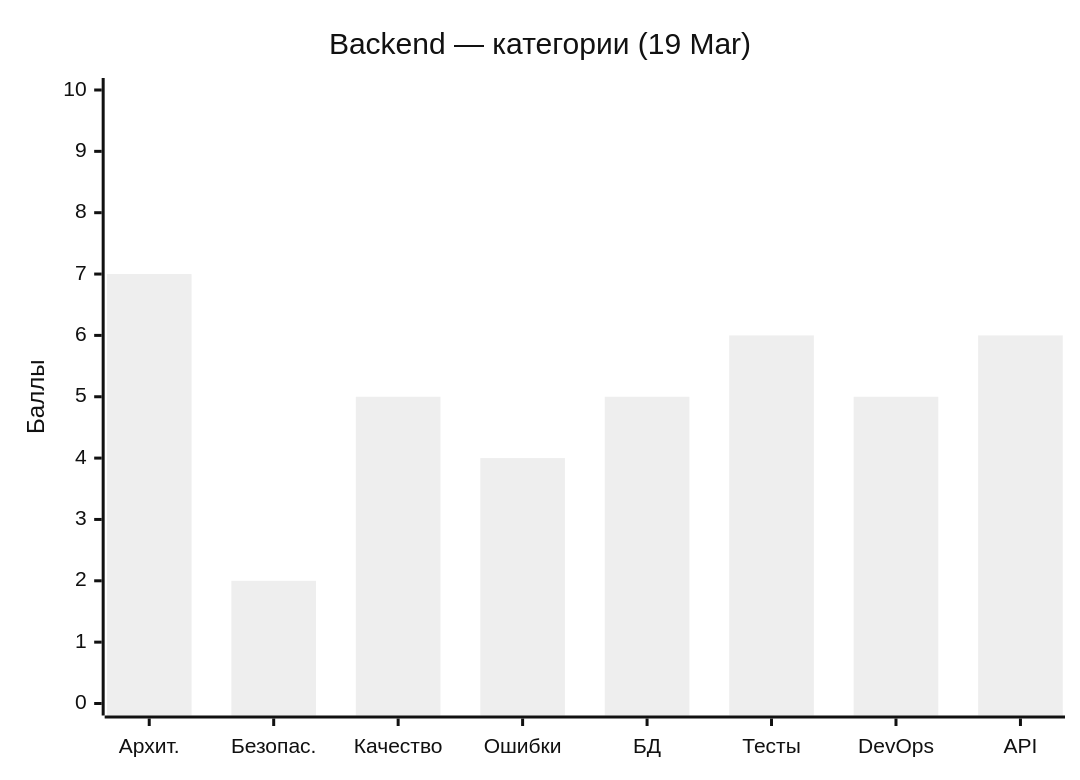
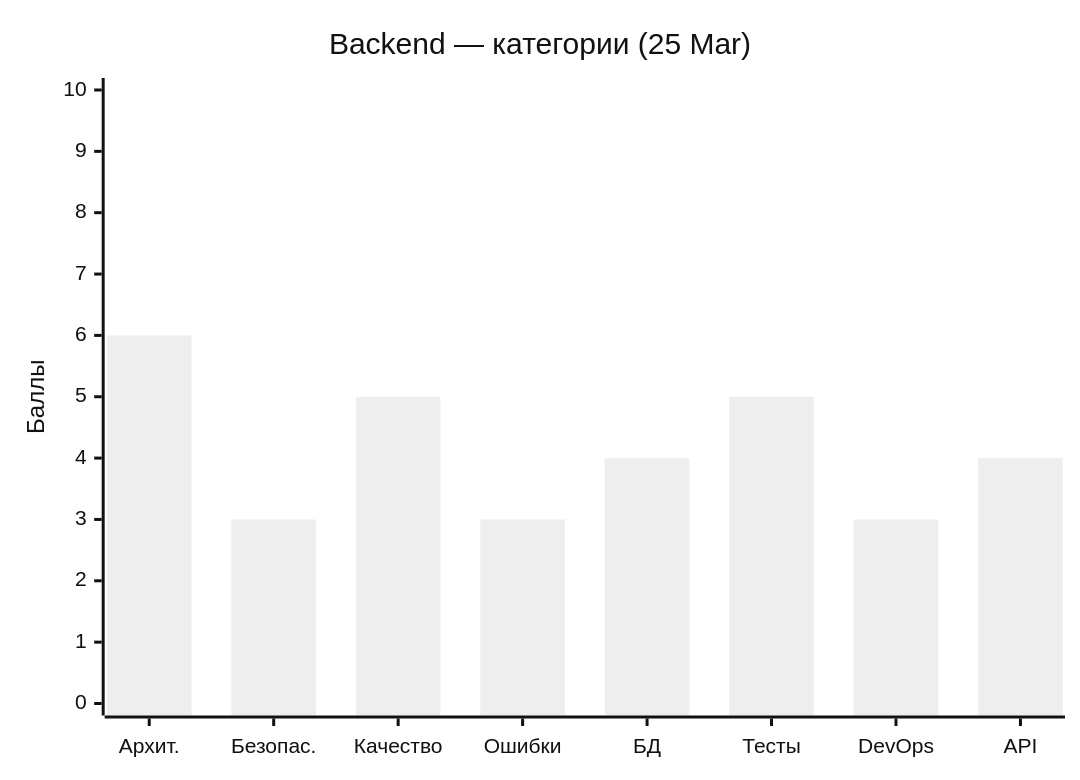
One commit to ngKittyDebug/RS-Tandem-ngKittyDebug changed the fourth of 4 diagrams in CodeQualityStatus/status.md. Above: the diagram before and after it, drawn with Mermaid (neutral theme). The commit also changed other lines of this file and 2 other files, not shown here.

Commit message:
docs: code review 2026-03-25 (5.0/10 backend, 5.0/10 frontend)

````diff
--- a/CodeQualityStatus/status.md
+++ b/CodeQualityStatus/status.md
@@ -138,7 +140,7 @@
 ```mermaid
 xychart-beta
-    title "Backend — категории (19 Mar)"
+    title "Backend — категории (25 Mar)"
     x-axis ["Архит.", "Безопас.", "Качество", "Ошибки", "БД", "Тесты", "DevOps", "API"]
     y-axis "Баллы" 0 --> 10
-    bar [7, 2, 5, 4, 5, 6, 5, 6]
+    bar [6, 3, 5, 3, 4, 5, 3, 4]
 ```
````
